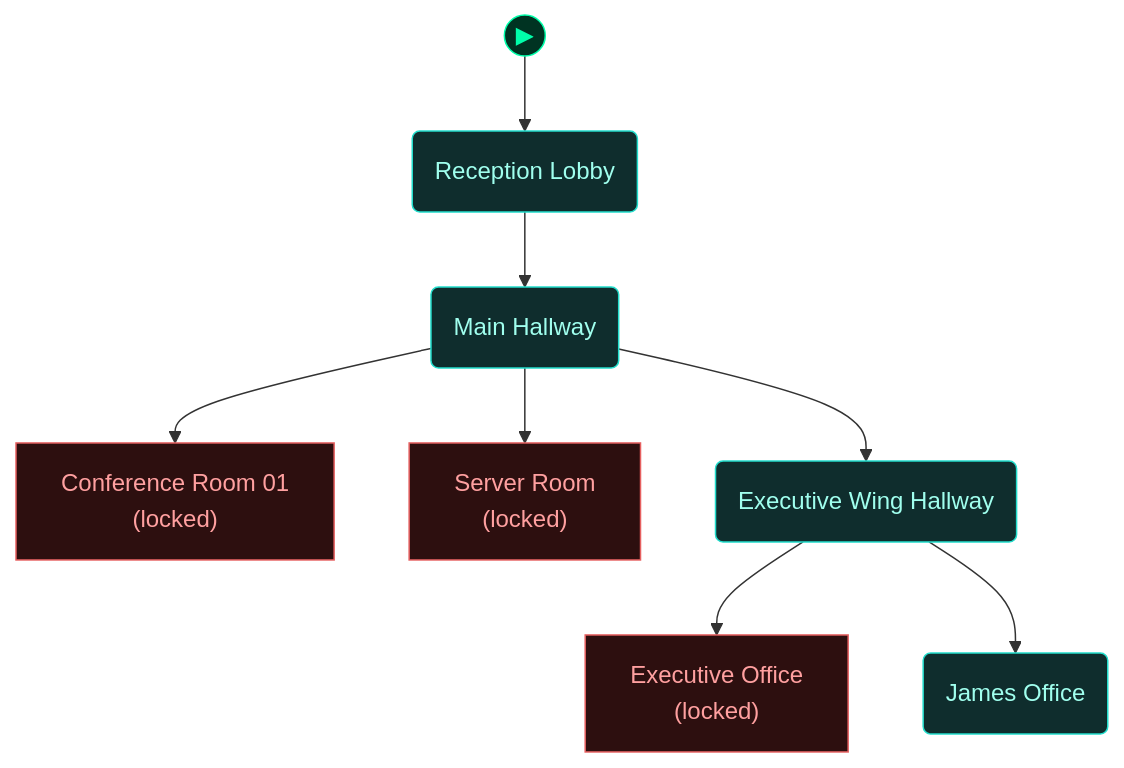
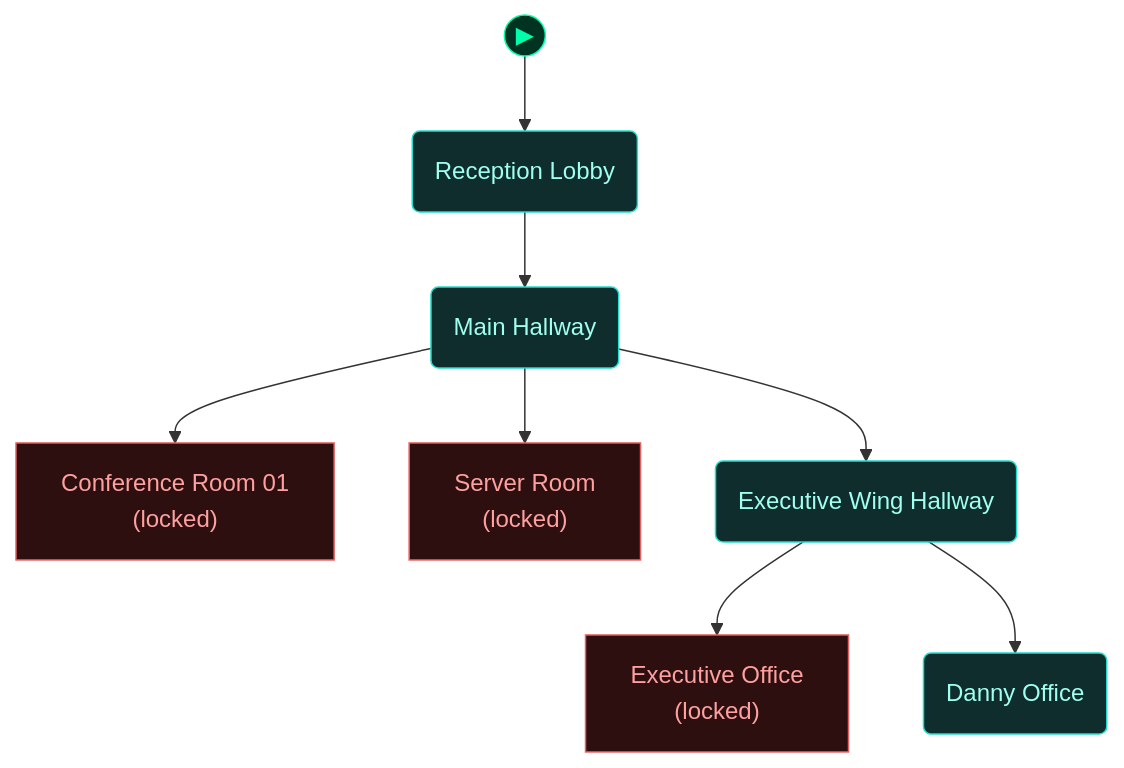
The fourth of 5 diagrams in scenarios/m03_ghost_in_the_machine/dungeon_graph.md (cliffe/BreakEscape), drawn with Mermaid before and after one commit. The commit also changed other lines of this file and 51 other files, not shown here.

````diff
--- a/scenarios/m03_ghost_in_the_machine/dungeon_graph.md
+++ b/scenarios/m03_ghost_in_the_machine/dungeon_graph.md
@@ -286,40 +286,40 @@
 ```mermaid
 flowchart TD
 
   classDef room      fill:#0f2d2d,stroke:#22ddcc,color:#a0ffee
   classDef lock      fill:#2d0f0f,stroke:#e66060,color:#ffa0a0
   classDef key       fill:#2d0812,stroke:#e66060,color:#ffa0a0
   classDef item      fill:#2d1200,stroke:#e89030,color:#ffcc80
   classDef gate      fill:#111,stroke:#666,color:#eee
   classDef vm        fill:#0c1f40,stroke:#4a90d9,color:#a0c8ff
   classDef flag      fill:#1a0c2d,stroke:#9060d0,color:#cc99ff
   classDef action    fill:#1a1200,stroke:#cc9922,color:#ffee88
   classDef aim       fill:#0d2a0d,stroke:#44cc44,color:#88ff88
   classDef aim_gate  fill:#111111,stroke:#44cc44,color:#44cc44
   classDef container fill:#1a2d1a,stroke:#60b060,color:#a0e0a0
   classDef npc       fill:#2d1f0d,stroke:#d0a050,color:#ffe0a0
   classDef critical  fill:#2a1500,stroke:#ffaa00,color:#ffdd88
   classDef start     fill:#003322,stroke:#00ffaa,color:#00ffaa
 
   node_start(("▶"))
   node_start --> reception_lobby
 
   reception_lobby("Reception Lobby")
   main_hallway("Main Hallway")
   conference_room_01["Conference Room 01<br/>(locked)"]
   server_room["Server Room<br/>(locked)"]
   executive_wing_hallway("Executive Wing Hallway")
   executive_office["Executive Office<br/>(locked)"]
-  james_office("James Office")
+  danny_office("Danny Office")
 
   reception_lobby --> main_hallway
   main_hallway --> conference_room_01
   main_hallway --> server_room
   main_hallway --> executive_wing_hallway
   executive_wing_hallway --> executive_office
-  executive_wing_hallway --> james_office
+  executive_wing_hallway --> danny_office
 
-  class reception_lobby,main_hallway,executive_wing_hallway,james_office room
+  class reception_lobby,main_hallway,executive_wing_hallway,danny_office room
   class conference_room_01,server_room,executive_office lock
   class node_start start
 ```
````
